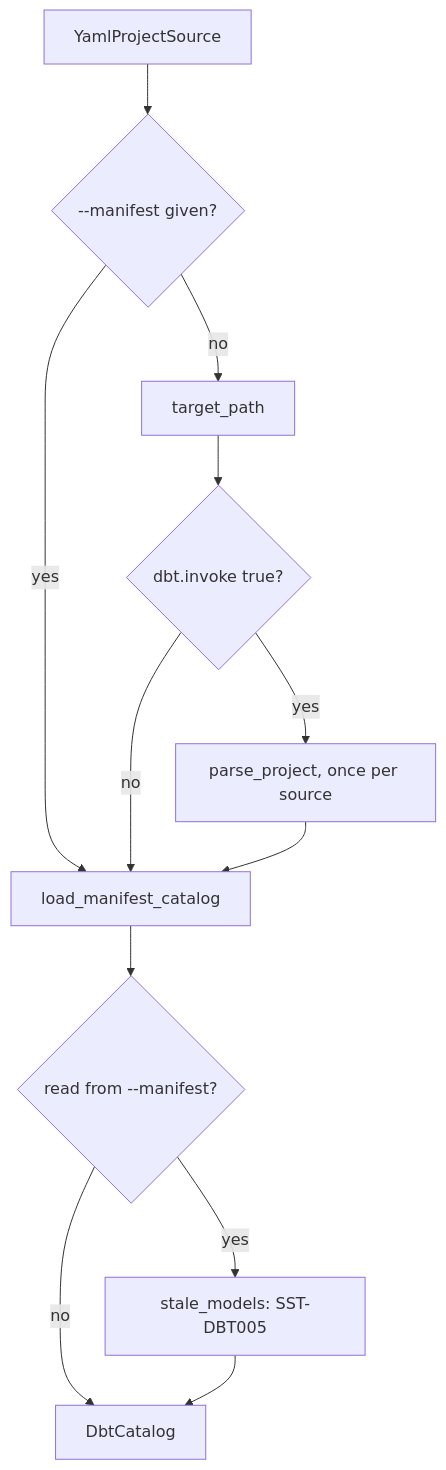
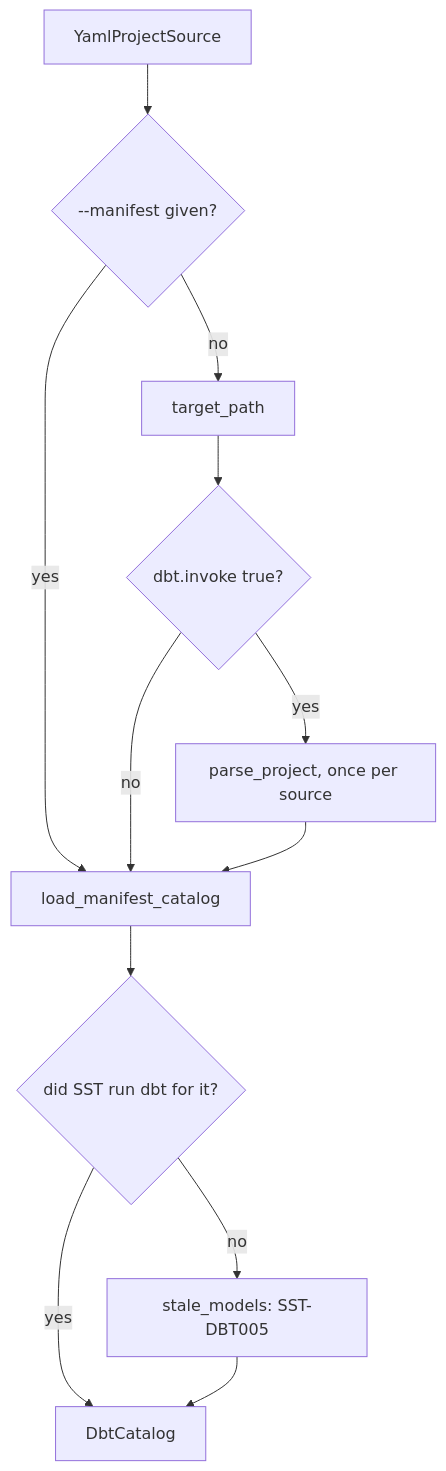
The first of 3 diagrams in docs/design/dbt-compatibility.md (WhoopInc/snowflake-semantic-tools), drawn with Mermaid before and after one commit. The commit also changed other lines of this file and 10 other files, not shown here.

Commit message:
fix: check model checksums against the manifest on disk under dbt.invoke: false, since SST did not write that one either

````diff
--- a/docs/design/dbt-compatibility.md
+++ b/docs/design/dbt-compatibility.md
@@ -32,14 +33,14 @@
 ```mermaid
 flowchart TD
     start["YamlProjectSource"] --> given{"--manifest given?"}
     given -- yes --> read["load_manifest_catalog"]
     given -- no --> path["target_path"]
     path --> invoke{"dbt.invoke true?"}
     invoke -- no --> read
     invoke -- yes --> parse["parse_project, once per source"]
     parse --> read
-    read --> stale{"read from --manifest?"}
-    stale -- yes --> check["stale_models: SST-DBT005"]
-    stale -- no --> done["DbtCatalog"]
+    read --> stale{"did SST run dbt for it?"}
+    stale -- no --> check["stale_models: SST-DBT005"]
+    stale -- yes --> done["DbtCatalog"]
     check --> done
 ```
````
